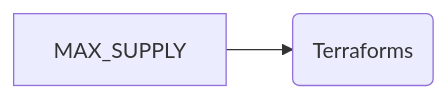
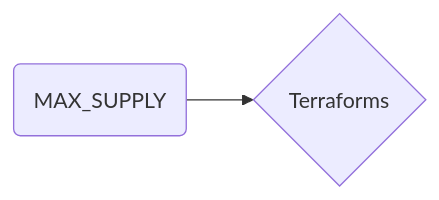
One commit to thebadcc/terraform-docs changed the second of 2 diagrams in contracts/Terraforms.md. Above: the diagram before and after it, drawn with Mermaid. The commit also changed other lines of this file, not shown here.

````diff
--- a/contracts/Terraforms.md
+++ b/contracts/Terraforms.md
@@ -65,4 +64,4 @@
 ```mermaid
 graph LR
-    A[MAX_SUPPLY] --> B(Terraforms)
+    A(MAX_SUPPLY) --> B{Terraforms}
 ```
````
